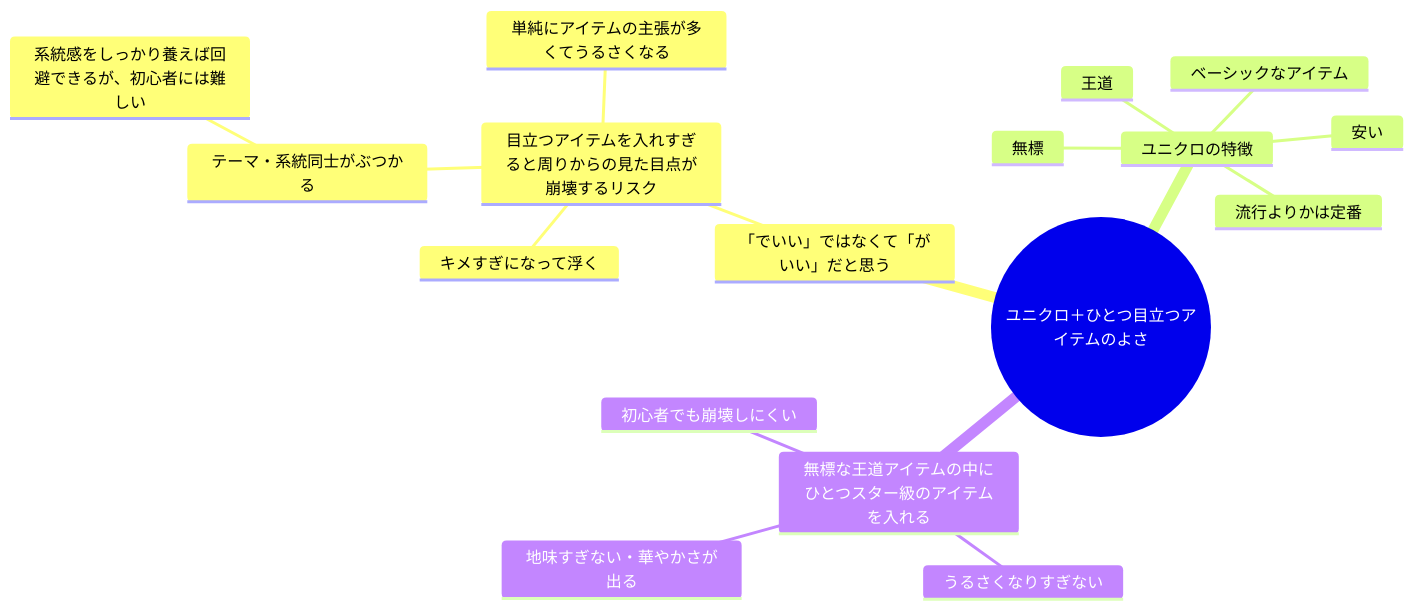
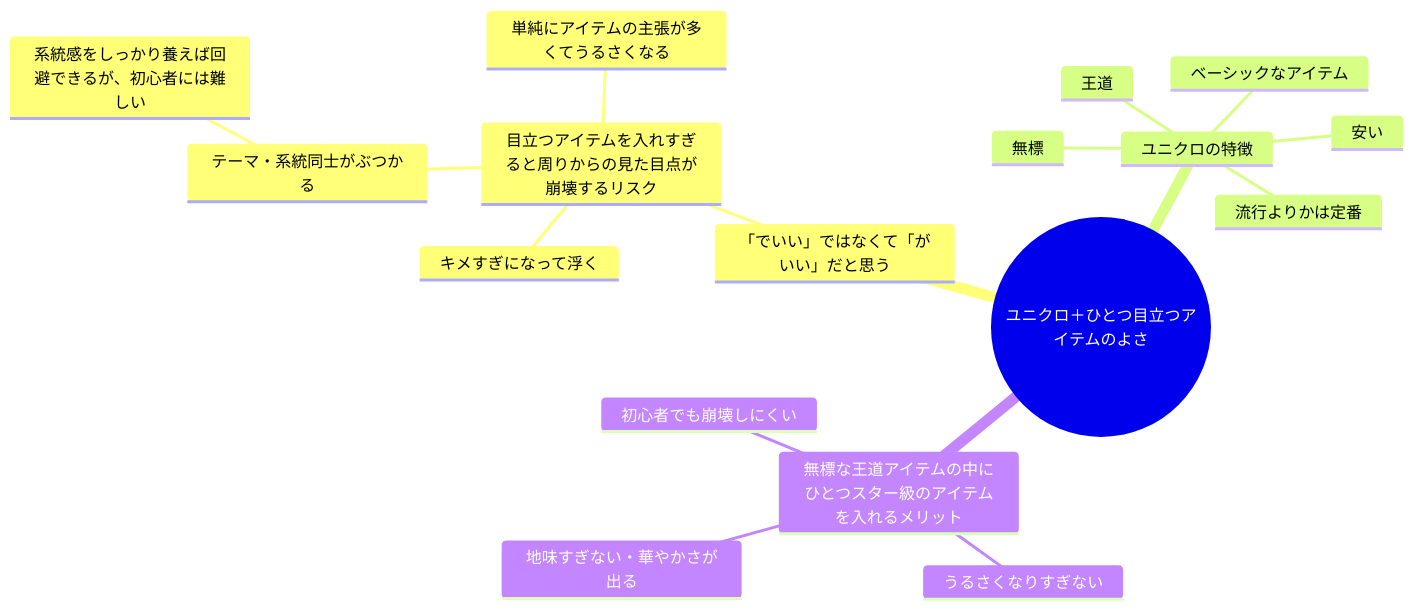
One commit to yuchiki/mens_fashion_advice changed the fourth of 4 diagrams in README.md. Above: the diagram before and after it, drawn with Mermaid.

Commit message:
補筆

````diff
--- a/README.md
+++ b/README.md
@@ -163,19 +163,19 @@
 ```mermaid
     mindmap((ユニクロ＋ひとつ目立つアイテムのよさ))
         「でいい」ではなくて「がいい」だと思う
             目立つアイテムを入れすぎると周りからの見た目点が崩壊するリスク
                 テーマ・系統同士がぶつかる
                     系統感をしっかり養えば回避できるが、初心者には難しい
                 単純にアイテムの主張が多くてうるさくなる
                 キメすぎになって浮く
         ユニクロの特徴
             ベーシックなアイテム
             王道
             無標
             安い
             流行よりかは定番
-        無標な王道アイテムの中にひとつスター級のアイテムを入れる
+        無標な王道アイテムの中にひとつスター級のアイテムを入れるメリット
             うるさくなりすぎない
             地味すぎない・華やかさが出る
             初心者でも崩壊しにくい
 ```
````
